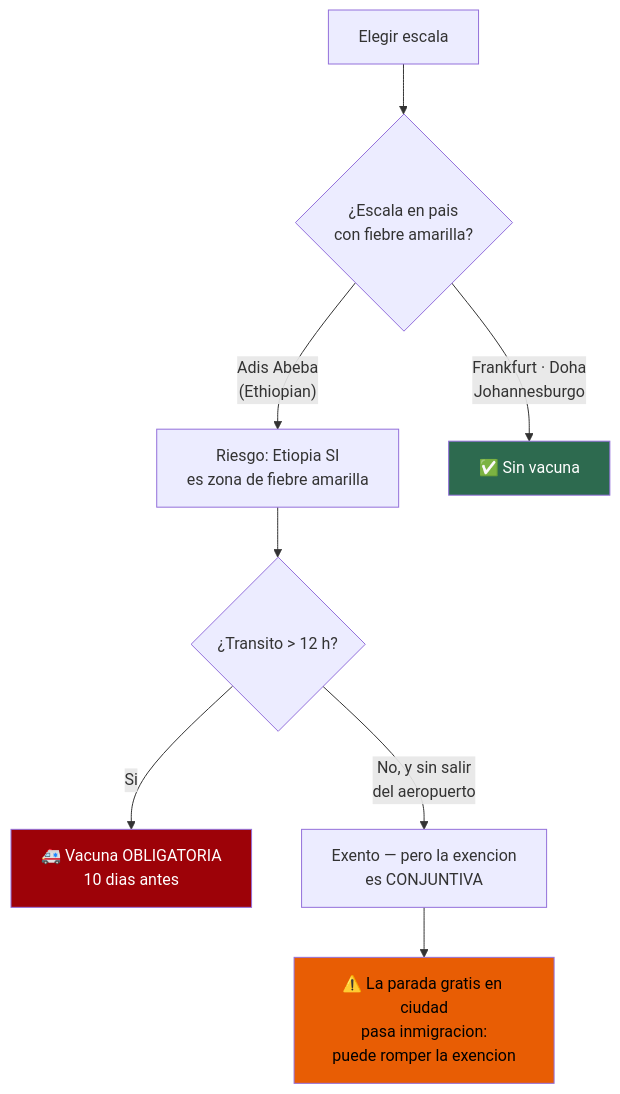
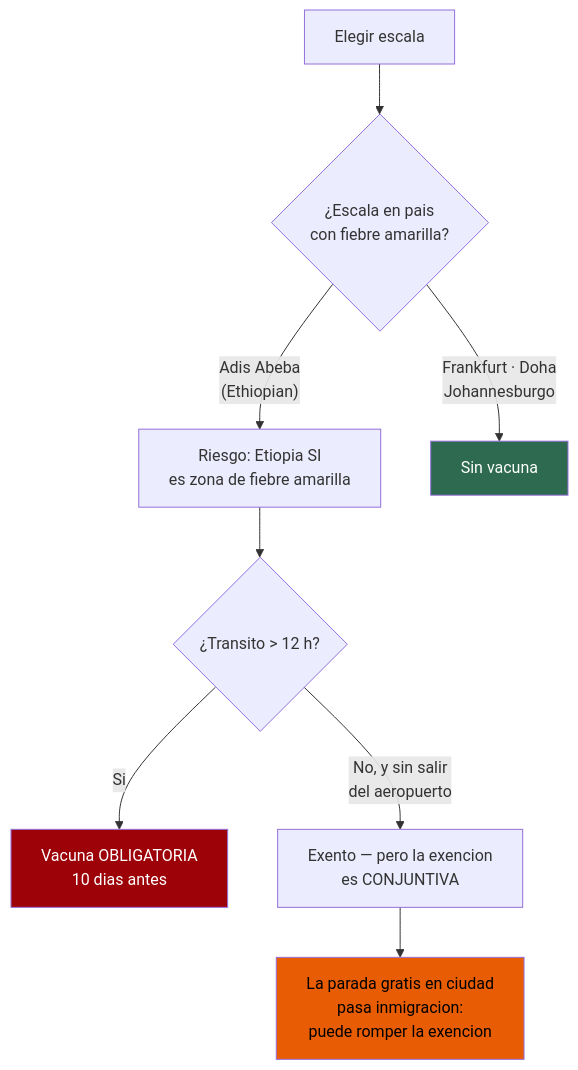
Before and after one commit to morandeirachema/namibia: the fifth of 7 diagrams in 04-guia-preparacion.md, drawn with Mermaid. The commit also changed other lines of this file and 14 other files, not shown here.

Commit message:
Arreglar el renderizado de los diagramas en GitHub: fuera emojis, negritas y barras ASCII de dentro de los nodos, que descuadraban la medida y recortaban el texto

````diff
--- a/04-guia-preparacion.md
+++ b/04-guia-preparacion.md
@@ -254,13 +254,13 @@
 ```mermaid
 flowchart TD
     A["Elegir escala"] --> B{"¿Escala en pais<br/>con fiebre amarilla?"}
     B -->|"Adis Abeba<br/>(Ethiopian)"| C["Riesgo: Etiopia SI<br/>es zona de fiebre amarilla"]
-    B -->|"Frankfurt · Doha<br/>Johannesburgo"| D["✅ Sin vacuna"]
+    B -->|"Frankfurt · Doha<br/>Johannesburgo"| D["Sin vacuna"]
     C --> E{"¿Transito > 12 h?"}
-    E -->|"Si"| F["🚑 Vacuna OBLIGATORIA<br/>10 dias antes"]
+    E -->|"Si"| F["Vacuna OBLIGATORIA<br/>10 dias antes"]
     E -->|"No, y sin salir<br/>del aeropuerto"| G["Exento — pero la exencion<br/>es CONJUNTIVA"]
-    G --> H["⚠️ La parada gratis en ciudad<br/>pasa inmigracion:<br/>puede romper la exencion"]
+    G --> H["La parada gratis en ciudad<br/>pasa inmigracion:<br/>puede romper la exencion"]
     style D fill:#2d6a4f,color:#fff
     style F fill:#9d0208,color:#fff
     style H fill:#e85d04,color:#000
 ```
````
